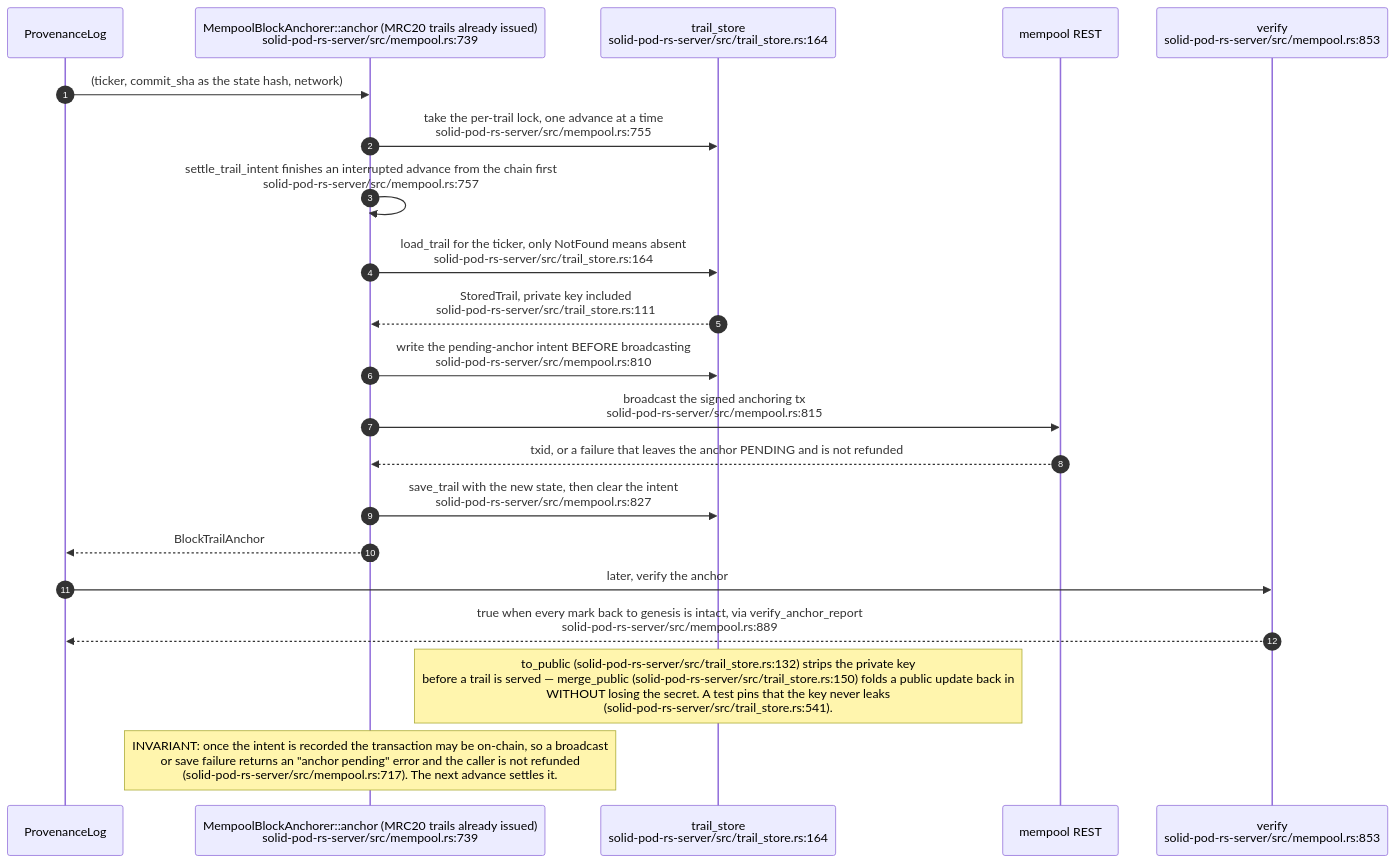
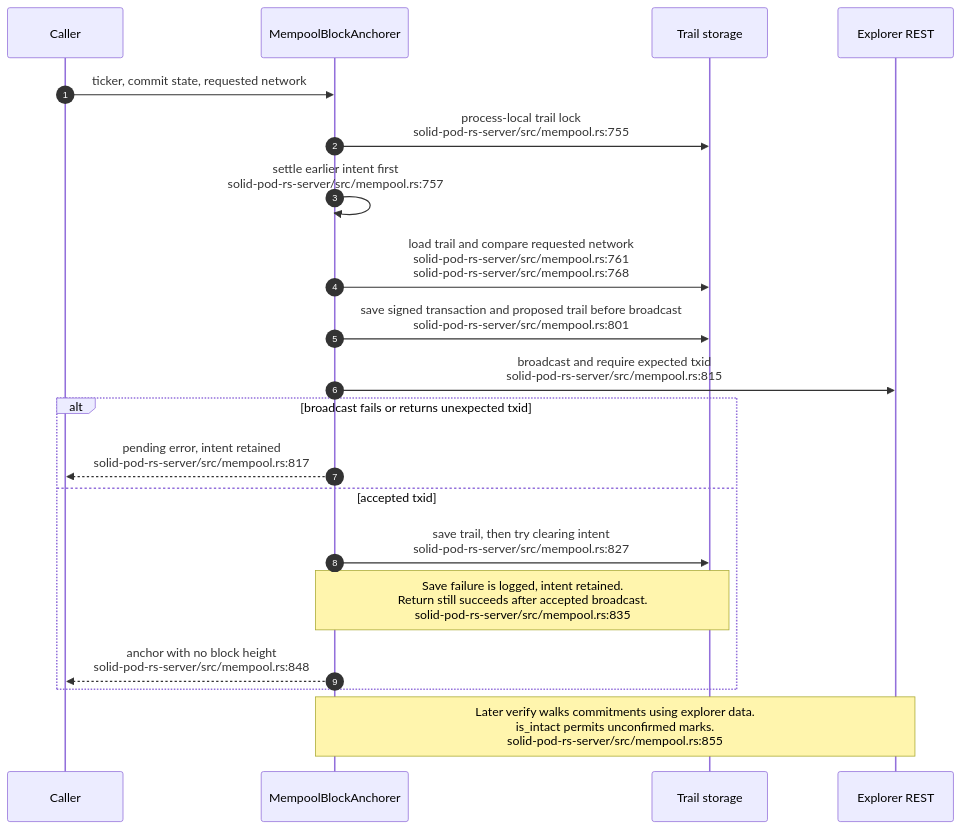
Diagram 11 of 19 in docs/diagrams/solid-pod-rs/07-provenance-and-payments.md (DreamLab-AI/VisionFlow), drawn with Mermaid before and after one commit. The commit also changed other lines of this file and 29 other files, not shown here.

Commit message:
docs: audit Solid anchor recovery and endpoint identity

````diff
--- a/docs/diagrams/solid-pod-rs/07-provenance-and-payments.md
+++ b/docs/diagrams/solid-pod-rs/07-provenance-and-payments.md
@@ -331,25 +335,22 @@
 ```mermaid
 sequenceDiagram
     autonumber
-    participant P as ProvenanceLog
-    participant A as MempoolBlockAnchorer::anchor (MRC20 trails already issued)<br/>solid-pod-rs-server/src/mempool.rs:739
-    participant TS as trail_store<br/>solid-pod-rs-server/src/trail_store.rs:164
-    participant M as mempool REST
-    participant V as verify<br/>solid-pod-rs-server/src/mempool.rs:853
-
-    P->>A: (ticker, commit_sha as the state hash, network)
-    A->>TS: take the per-trail lock, one advance at a time<br/>solid-pod-rs-server/src/mempool.rs:755
-    A->>A: settle_trail_intent finishes an interrupted advance from the chain first<br/>solid-pod-rs-server/src/mempool.rs:757
-    A->>TS: load_trail for the ticker, only NotFound means absent<br/>solid-pod-rs-server/src/trail_store.rs:164
-    TS-->>A: StoredTrail, private key included<br/>solid-pod-rs-server/src/trail_store.rs:111
-    A->>TS: write the pending-anchor intent BEFORE broadcasting<br/>solid-pod-rs-server/src/mempool.rs:810
-    A->>M: broadcast the signed anchoring tx<br/>solid-pod-rs-server/src/mempool.rs:815
-    M-->>A: txid, or a failure that leaves the anchor PENDING and is not refunded
-    A->>TS: save_trail with the new state, then clear the intent<br/>solid-pod-rs-server/src/mempool.rs:827
-    A-->>P: BlockTrailAnchor
-    P->>V: later, verify the anchor
-    V-->>P: true when every mark back to genesis is intact, via verify_anchor_report<br/>solid-pod-rs-server/src/mempool.rs:889
-
-    Note over TS: to_public (solid-pod-rs-server/src/trail_store.rs:132) strips the private key<br/>before a trail is served — merge_public (solid-pod-rs-server/src/trail_store.rs:150) folds a public update back in<br/>WITHOUT losing the secret. A test pins that the key never leaks<br/>(solid-pod-rs-server/src/trail_store.rs:541).
-    Note over A: INVARIANT: once the intent is recorded the transaction may be on-chain, so a broadcast<br/>or save failure returns an "anchor pending" error and the caller is not refunded<br/>(solid-pod-rs-server/src/mempool.rs:717). The next advance settles it.
+    participant P as Caller
+    participant A as MempoolBlockAnchorer
+    participant S as Trail storage
+    participant M as Explorer REST
+    P->>A: ticker, commit state, requested network
+    A->>S: process-local trail lock<br/>solid-pod-rs-server/src/mempool.rs:755
+    A->>A: settle earlier intent first<br/>solid-pod-rs-server/src/mempool.rs:757
+    A->>S: load trail and compare requested network<br/>solid-pod-rs-server/src/mempool.rs:761<br/>solid-pod-rs-server/src/mempool.rs:768
+    A->>S: save signed transaction and proposed trail before broadcast<br/>solid-pod-rs-server/src/mempool.rs:801
+    A->>M: broadcast and require expected txid<br/>solid-pod-rs-server/src/mempool.rs:815
+    alt broadcast fails or returns unexpected txid
+        A-->>P: pending error, intent retained<br/>solid-pod-rs-server/src/mempool.rs:817
+    else accepted txid
+        A->>S: save trail, then try clearing intent<br/>solid-pod-rs-server/src/mempool.rs:827
+        Note over A,S: Save failure is logged, intent retained.<br/>Return still succeeds after accepted broadcast.<br/>solid-pod-rs-server/src/mempool.rs:835
+        A-->>P: anchor with no block height<br/>solid-pod-rs-server/src/mempool.rs:848
+    end
+    Note over A,M: Later verify walks commitments using explorer data.<br/>is_intact permits unconfirmed marks.<br/>solid-pod-rs-server/src/mempool.rs:855
 ```
````
